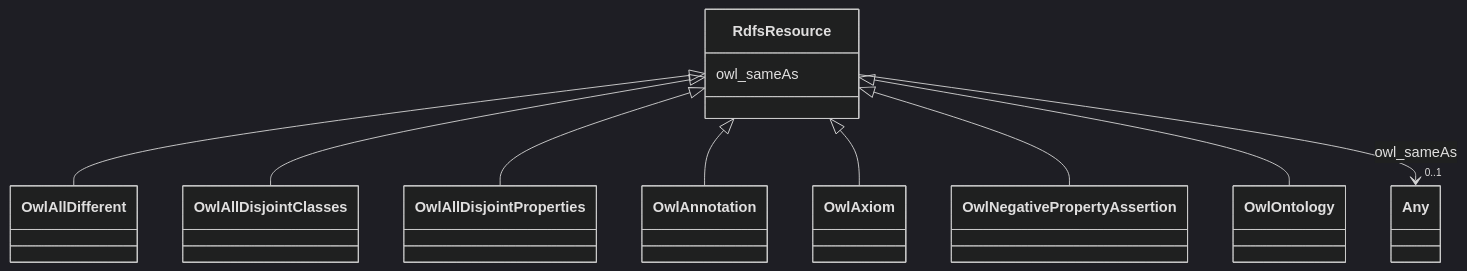
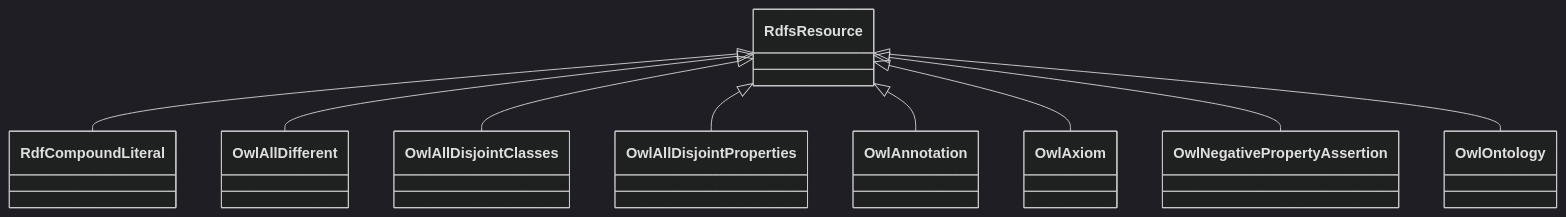
Before and after one commit to frink-okn/graph-descriptions: the diagram in fio-kg/classes/RdfsResource.md, drawn with Mermaid (dark theme). The commit also changed other lines of this file and 447 other files, not shown here.

````diff
--- a/fio-kg/classes/RdfsResource.md
+++ b/fio-kg/classes/RdfsResource.md
@@ -23,30 +21,23 @@
 ```mermaid
  classDiagram
     class RdfsResource
     click RdfsResource href "../RdfsResource"
+      RdfsResource <|-- RdfCompoundLiteral
+        click RdfCompoundLiteral href "../RdfCompoundLiteral"
       RdfsResource <|-- OwlAllDifferent
         click OwlAllDifferent href "../OwlAllDifferent"
       RdfsResource <|-- OwlAllDisjointClasses
         click OwlAllDisjointClasses href "../OwlAllDisjointClasses"
       RdfsResource <|-- OwlAllDisjointProperties
         click OwlAllDisjointProperties href "../OwlAllDisjointProperties"
       RdfsResource <|-- OwlAnnotation
         click OwlAnnotation href "../OwlAnnotation"
       RdfsResource <|-- OwlAxiom
         click OwlAxiom href "../OwlAxiom"
       RdfsResource <|-- OwlNegativePropertyAssertion
         click OwlNegativePropertyAssertion href "../OwlNegativePropertyAssertion"
       RdfsResource <|-- OwlOntology
         click OwlOntology href "../OwlOntology"
       
-      RdfsResource : owl_sameAs
-        
-          
-    
-    
-    RdfsResource --> "0..1" Any : owl_sameAs
-    click Any href "../Any"
-
-        
       
 ```
````
